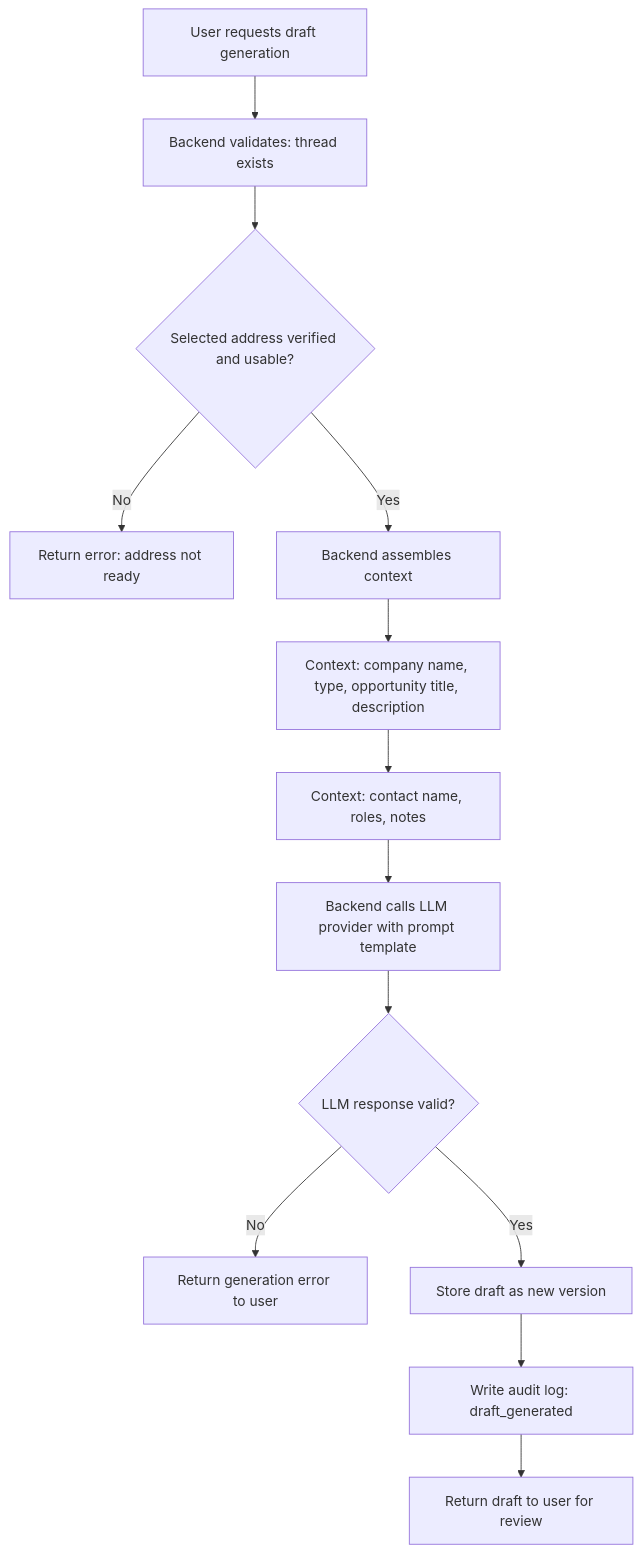
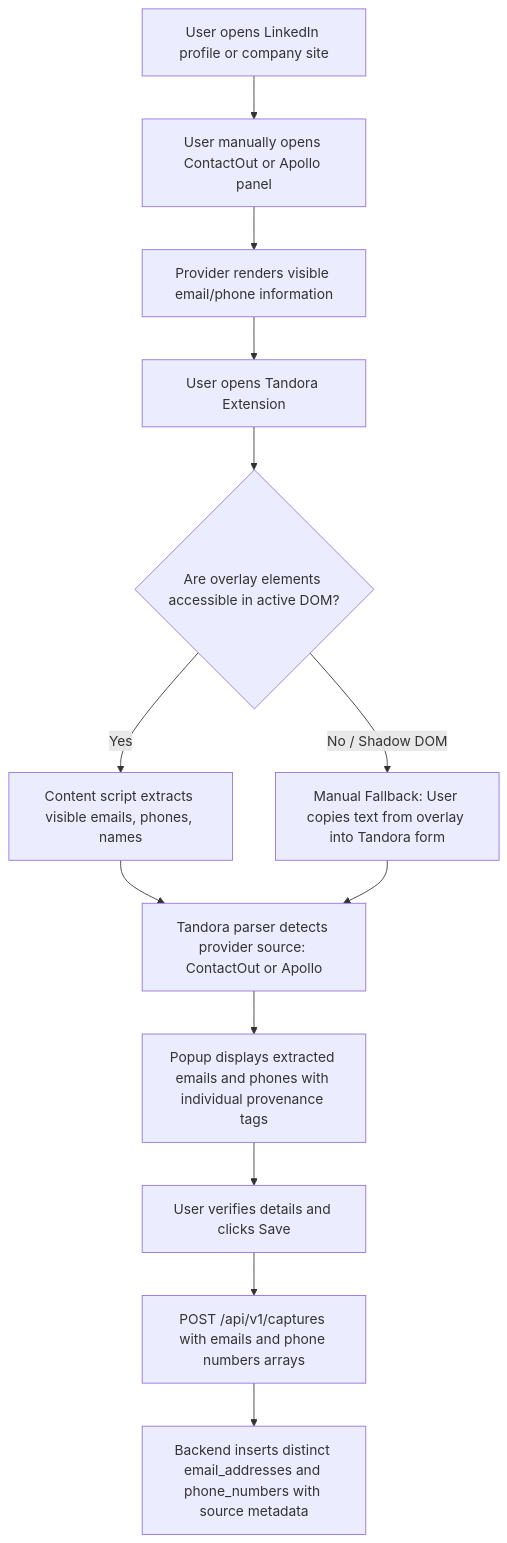
Before and after one commit to Devzane/Tandora: the third of 5 diagrams in docs/WORKFLOWS.md, drawn with Mermaid. The commit also changed other lines of this file, not shown here.

Commit message:
docs(workflows): update workflows with post/overlay capture, approval hashing, and send attempts

````diff
--- a/docs/WORKFLOWS.md
+++ b/docs/WORKFLOWS.md
@@ -161,15 +98,15 @@
 ```mermaid
 flowchart TD
-    A[User requests draft generation] --> B[Backend validates: thread exists]
-    B --> C{Selected address verified and usable?}
-    C -->|No| D[Return error: address not ready]
-    C -->|Yes| E[Backend assembles context]
-    E --> F[Context: company name, type, opportunity title, description]
-    F --> G[Context: contact name, roles, notes]
-    G --> H[Backend calls LLM provider with prompt template]
-    H --> I{LLM response valid?}
-    I -->|No| J[Return generation error to user]
-    I -->|Yes| K[Store draft as new version]
-    K --> L[Write audit log: draft_generated]
-    L --> M[Return draft to user for review]
+    A[User opens LinkedIn profile or company site] --> B[User manually opens ContactOut or Apollo panel]
+    B --> C[Provider renders visible email/phone information]
+    C --> D[User opens Tandora Extension]
+    D --> E{Are overlay elements accessible in active DOM?}
+    E -->|Yes| F[Content script extracts visible emails, phones, names]
+    E -->|No / Shadow DOM| G[Manual Fallback: User copies text from overlay into Tandora form]
+    F --> H[Tandora parser detects provider source: ContactOut or Apollo]
+    G --> H
+    H --> I[Popup displays extracted emails and phones with individual provenance tags]
+    I --> J[User verifies details and clicks Save]
+    J --> K[POST /api/v1/captures with emails and phone numbers arrays]
+    K --> L[Backend inserts distinct email_addresses and phone_numbers with source metadata]
 ```
````
